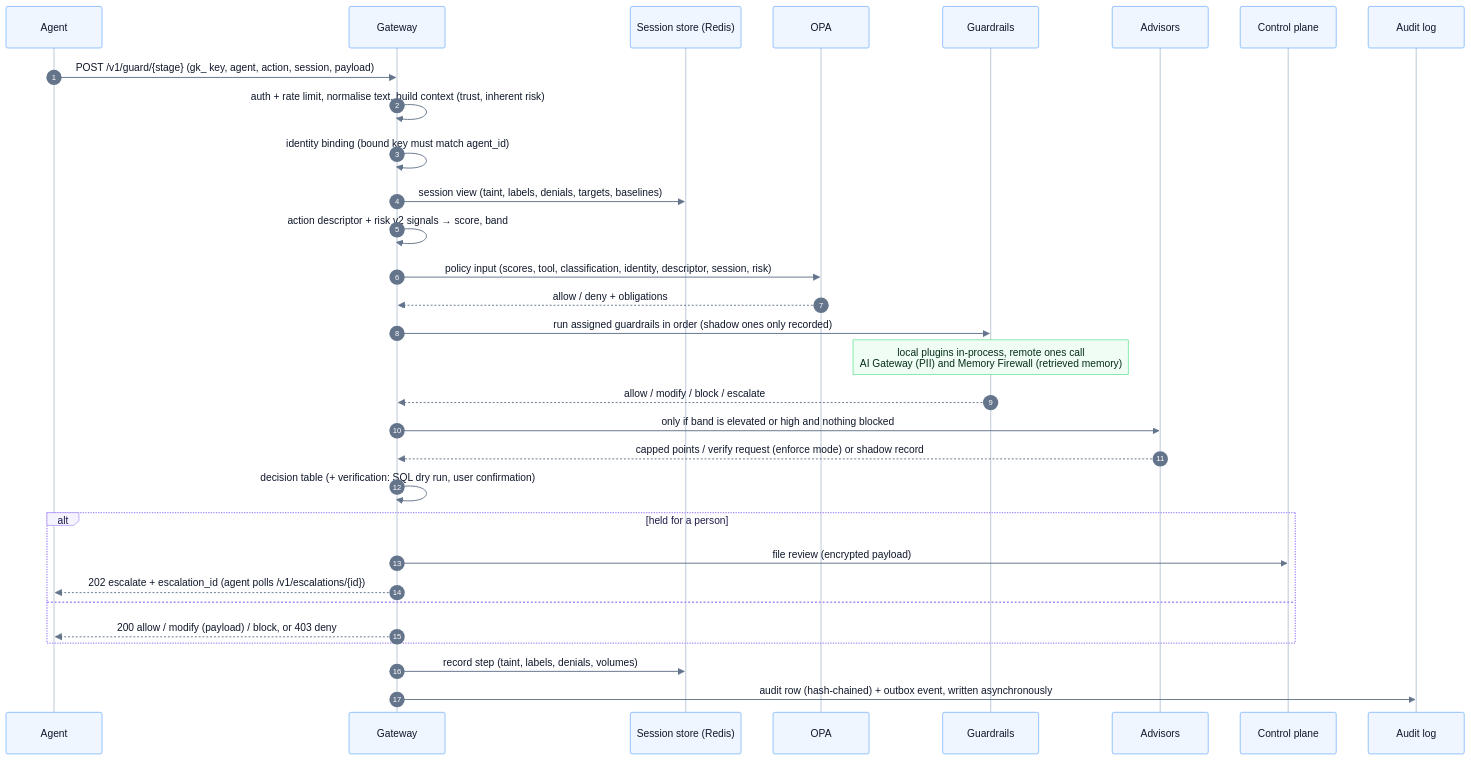
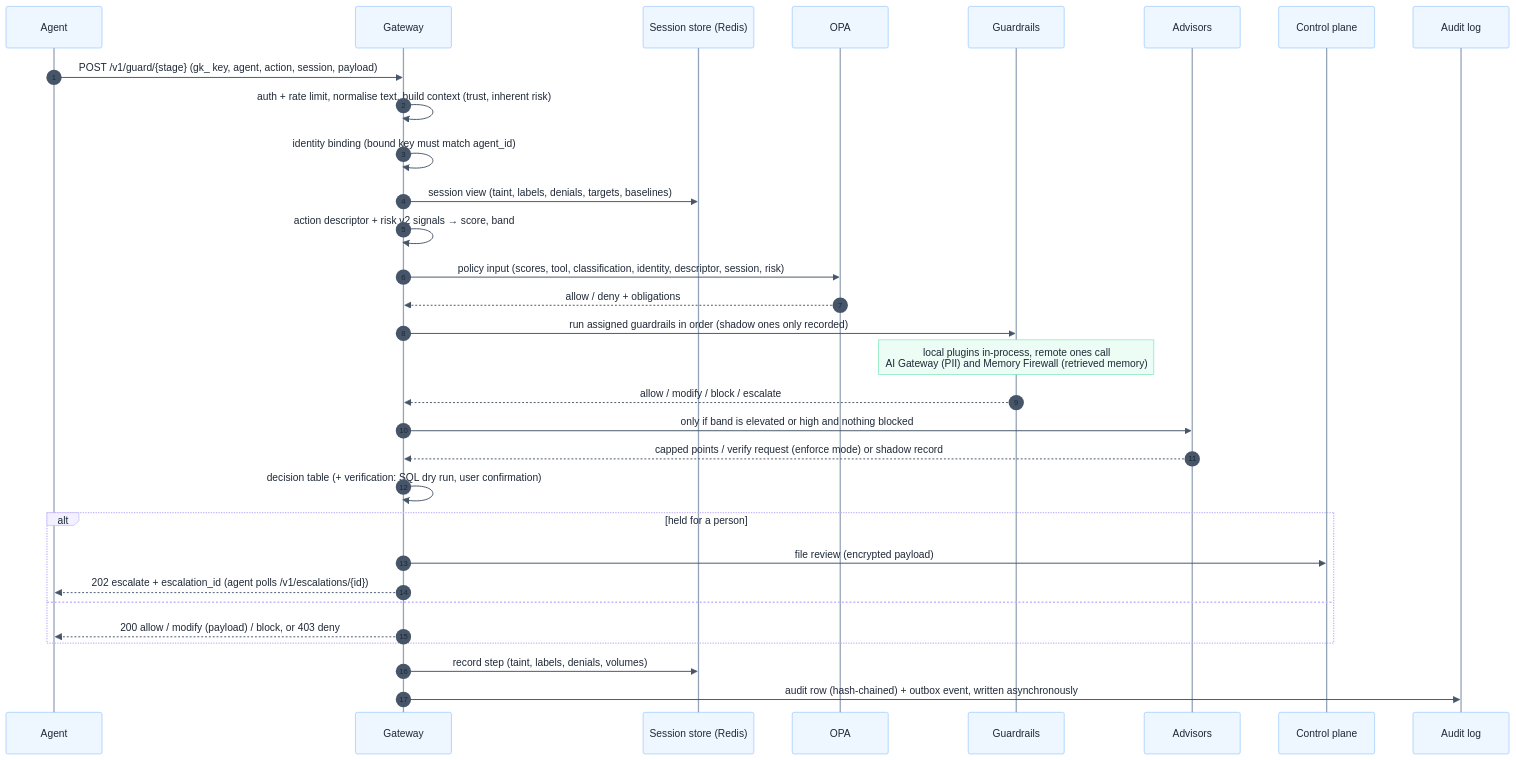
Before and after one commit to ramsha287/policy-guardrails-agent: the second of 5 diagrams in docs/architecture.md, drawn with Mermaid. The commit also changed other lines of this file and 2 other files, not shown here.

First line of the commit message:
Redesign top architecture diagram as layered planes

````diff
--- a/docs/architecture.md
+++ b/docs/architecture.md
@@ -97,34 +116,34 @@
 ```mermaid
-%%{init: {"theme": "base", "fontFamily": "Helvetica, Arial, sans-serif", "themeVariables": {"fontSize": "14px", "primaryTextColor": "#0f172a", "actorBkg": "#eff6ff", "actorBorder": "#60a5fa", "actorTextColor": "#0f172a", "actorLineColor": "#cbd5e1", "signalColor": "#64748b", "signalTextColor": "#0f172a", "labelBoxBkgColor": "#f5f3ff", "labelBoxBorderColor": "#a78bfa", "labelTextColor": "#1e1b4b", "loopTextColor": "#1e1b4b", "altSectionBkgColor": "#fbfcfe", "noteBkgColor": "#f0fdf4", "noteBorderColor": "#4ade80", "noteTextColor": "#052e16", "activationBkgColor": "#f0fdfa", "activationBorderColor": "#2dd4bf", "sequenceNumberColor": "#ffffff"}}}%%
+%%{init: {"theme": "base", "darkMode": false, "fontFamily": "Helvetica, Arial, sans-serif", "fontSize": "16px", "themeVariables": {"background": "#ffffff", "primaryColor": "#eef6ff", "primaryBorderColor": "#93c5fd", "primaryTextColor": "#1f2937", "textColor": "#1f2937", "actorBkg": "#eef6ff", "actorBorder": "#93c5fd", "actorTextColor": "#1f2937", "actorLineColor": "#94a3b8", "signalColor": "#475569", "signalTextColor": "#1f2937", "labelBoxBkgColor": "#f3f0ff", "labelBoxBorderColor": "#c4b5fd", "labelTextColor": "#1f2937", "loopTextColor": "#1f2937", "noteBkgColor": "#ecfdf5", "noteBorderColor": "#6ee7b7", "noteTextColor": "#1f2937", "activationBkgColor": "#ccfbf1", "activationBorderColor": "#5eead4", "sequenceNumberColor": "#1f2937", "altSectionBkgColor": "#f8fafc"}, "sequence": {"actorMargin": 60, "messageMargin": 44}}}%%
 sequenceDiagram
   autonumber
   participant Ag as Agent
   participant GW as Gateway
   participant S as Session store (Redis)
   participant O as OPA
   participant G as Guardrails
   participant Adv as Advisors
   participant CP as Control plane
   participant DB as Audit log
   Ag->>GW: POST /v1/guard/{stage} (gk_ key, agent, action, session, payload)
   GW->>GW: auth + rate limit, normalise text, build context (trust, inherent risk)
   GW->>GW: identity binding (bound key must match agent_id)
   GW->>S: session view (taint, labels, denials, targets, baselines)
   GW->>GW: action descriptor + risk v2 signals → score, band
   GW->>O: policy input (scores, tool, classification, identity, descriptor, session, risk)
   O-->>GW: allow / deny + obligations
   GW->>G: run assigned guardrails in order (shadow ones only recorded)
   Note over G: local plugins in-process, remote ones call<br/>AI Gateway (PII) and Memory Firewall (retrieved memory)
   G-->>GW: allow / modify / block / escalate
   GW->>Adv: only if band is elevated or high and nothing blocked
   Adv-->>GW: capped points / verify request (enforce mode) or shadow record
   GW->>GW: decision table (+ verification: SQL dry run, user confirmation)
   alt held for a person
     GW->>CP: file review (encrypted payload)
     GW-->>Ag: 202 escalate + escalation_id (agent polls /v1/escalations/{id})
   else
     GW-->>Ag: 200 allow / modify (payload) / block, or 403 deny
   end
   GW->>S: record step (taint, labels, denials, volumes)
   GW->>DB: audit row (hash-chained) + outbox event, written asynchronously
 ```
````
